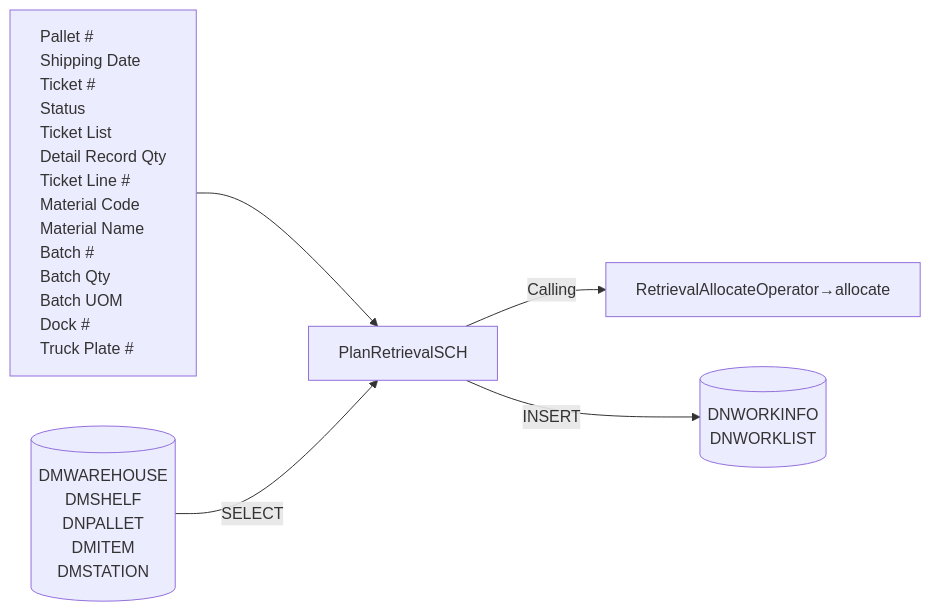
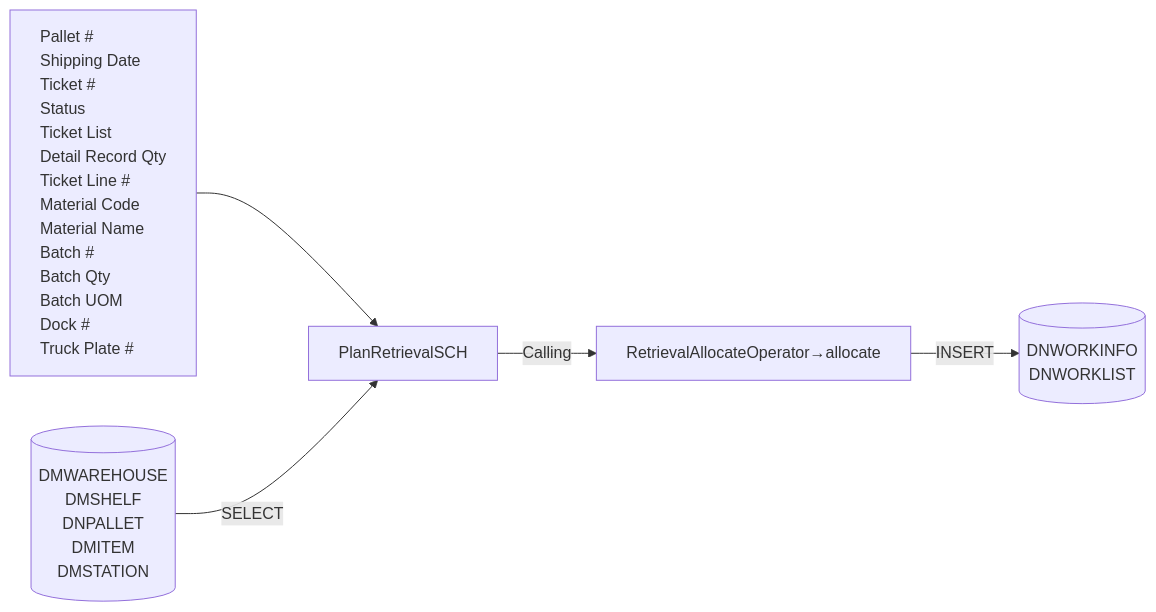
Before and after one commit to luthfiadityaa/SimeDarby-Wiki: the third of 11 diagrams in Basic-Design/DFD-WMS/Retrieval/Planned-Retrieval-to-HP-Area.md, drawn with Mermaid.

Commit message:
Updated Planned Retrieval to HP Area

```diff
--- a/Basic-Design/DFD-WMS/Retrieval/Planned-Retrieval-to-HP-Area.md
+++ b/Basic-Design/DFD-WMS/Retrieval/Planned-Retrieval-to-HP-Area.md
@@ -116,41 +116,40 @@
 ::: mermaid
 flowchart LR
     input[
         Pallet #
         Shipping Date
         Ticket #
         Status
         Ticket List
         Detail Record Qty
         Ticket Line #
         Material Code
         Material Name
         Batch #
         Batch Qty
         Batch UOM
         Dock #
         Truck Plate #    
     ]
 
     tableList-insert[("
         DNWORKINFO
         DNWORKLIST
     ")]
 
      tableList-select[("
         DMWAREHOUSE
         DMSHELF
         DNPALLET
         DMITEM
         DMSTATION
     ")]
 
     className[PlanRetrievalSCH]
-    className--> |Calling| methodName[RetrievalAllocateOperator→allocate]
-
-    input --> className --> |INSERT| tableList-insert
+    className--> |Calling| methodName[RetrievalAllocateOperator→allocate] --> |INSERT| tableList-insert
+    input --> className
     tableList-select --> |SELECT| className
 
     classDef leftAlign text-align:left;
     class input leftAlign;
 :::
```
